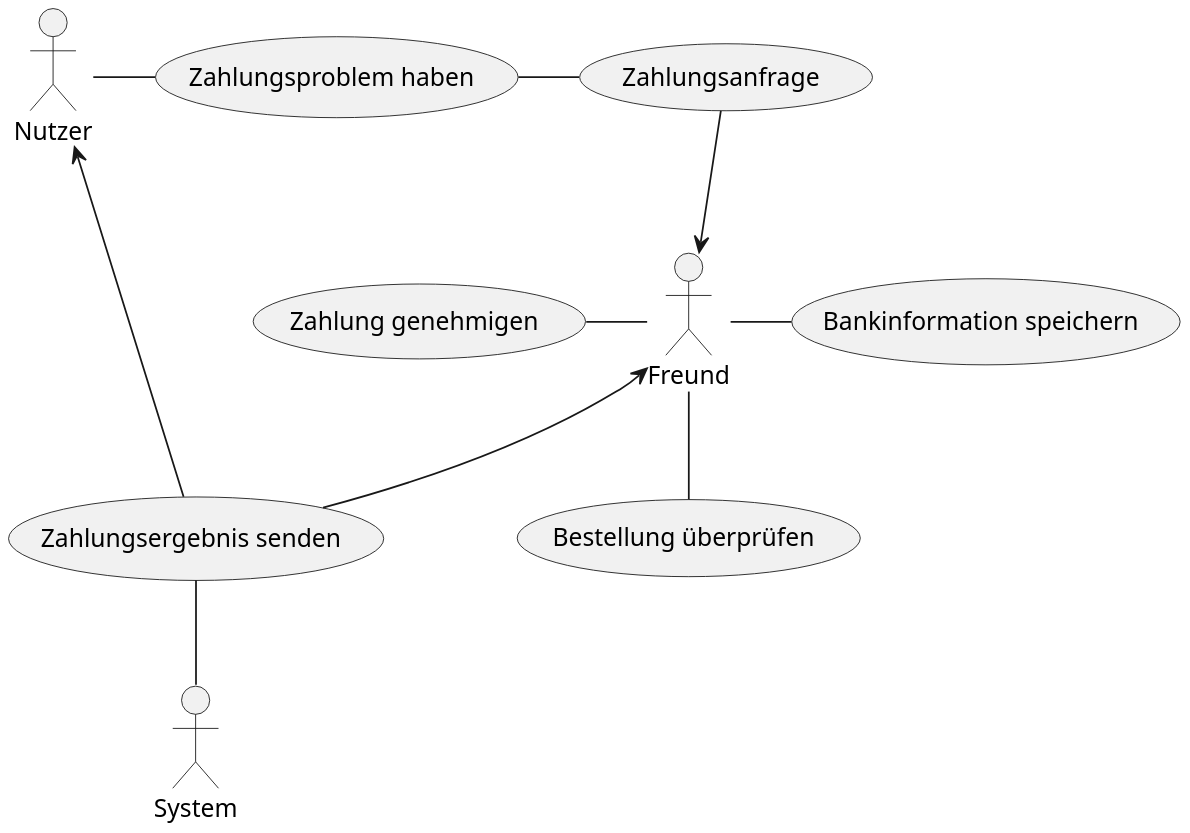
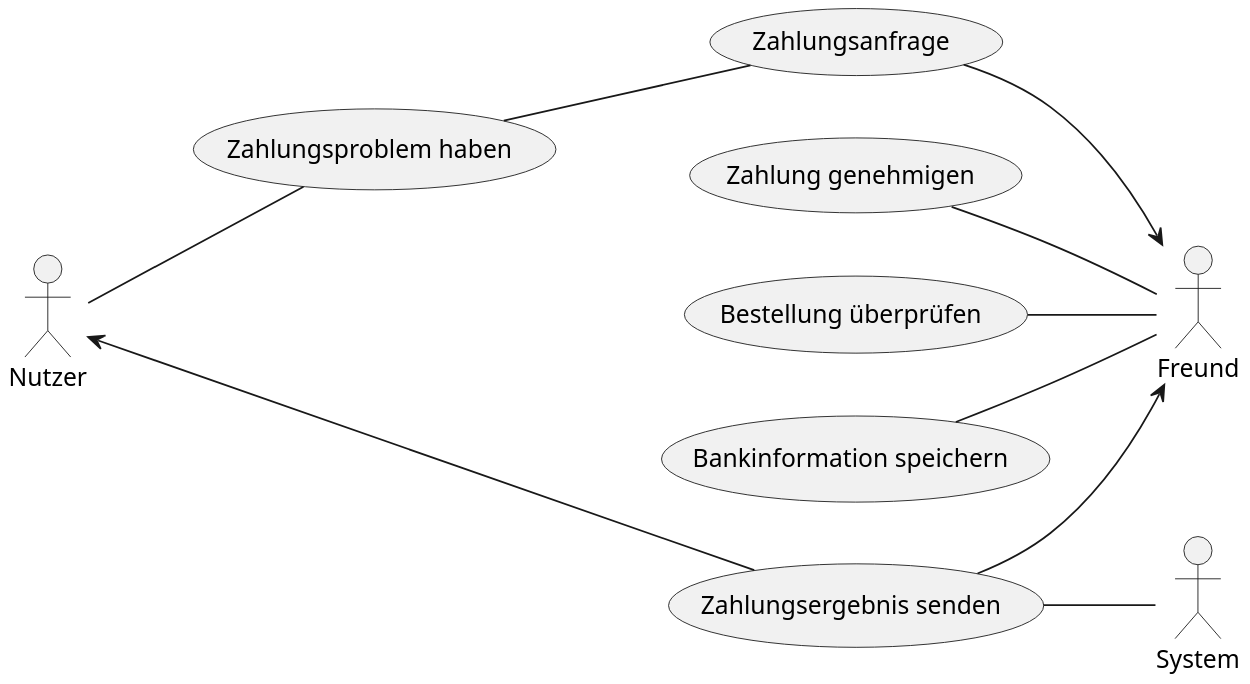
Before and after one commit to godlikelucinda/bachelorarbeit: the diagram in uml-diagramme/pay-by-others.puml, drawn with PlantUML. The commit also changed 1 other file, not shown here.

```diff
--- a/uml-diagramme/pay-by-others.puml
+++ b/uml-diagramme/pay-by-others.puml
@@ -1,27 +1,29 @@
 @startuml
 scale 2
 skinparam monochrome true
 skinparam shadowing false
+left to right direction
 
 :Nutzer: as User
 :Freund: as Friend
 :System:
 
 (Zahlungsproblem haben) as (paymentProblem)
 (Zahlungsergebnis senden) as (sendPaymentResult)
 (Zahlungsanfrage) as (paymentRequest)
 (Zahlung genehmigen) as (authorizePayment)
 (Bestellung überprüfen) as (checkOrder)
 (Bankinformation speichern) as (bankInformation)
 
-User - (paymentProblem)
-User <-- (sendPaymentResult)
-Friend <-- (sendPaymentResult)
-(paymentProblem) - (paymentRequest)
+User -- (paymentProblem)
+(paymentProblem) -- (paymentRequest)
+(authorizePayment) -- Friend
+(checkOrder) -- Friend
+(bankInformation) -- Friend
+(sendPaymentResult) --> Friend
 (paymentRequest) --> Friend
-(authorizePayment) - Friend
-Friend -- (checkOrder)
-Friend - (bankInformation)
-(sendPaymentResult) -- System
+User <--- (sendPaymentResult)
+(sendPaymentResult) -down- System
+
 
 @enduml
```
